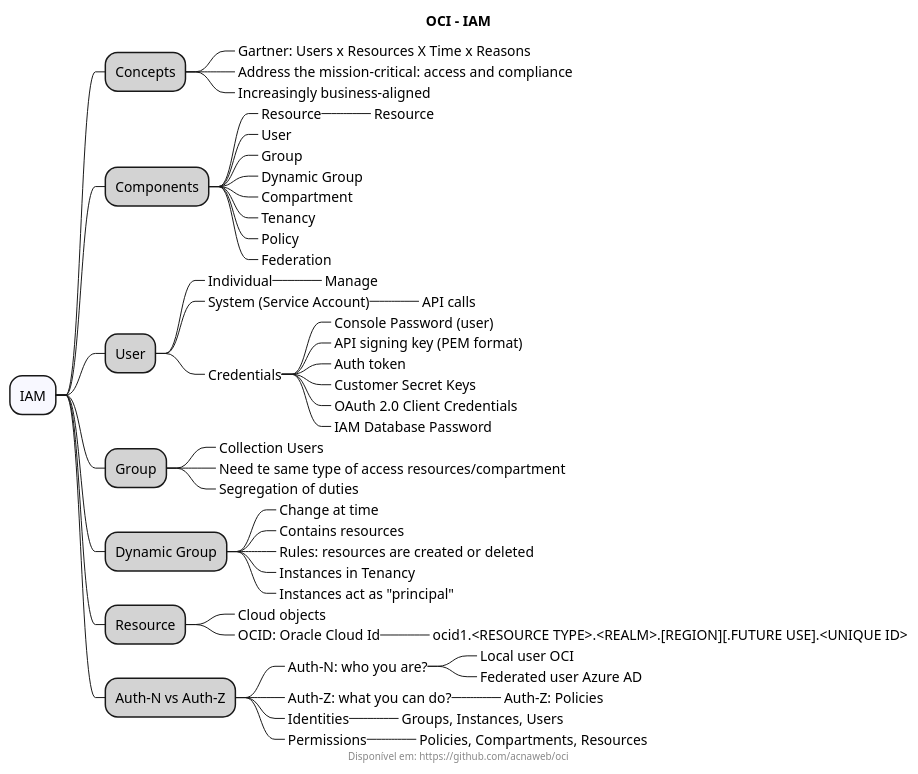
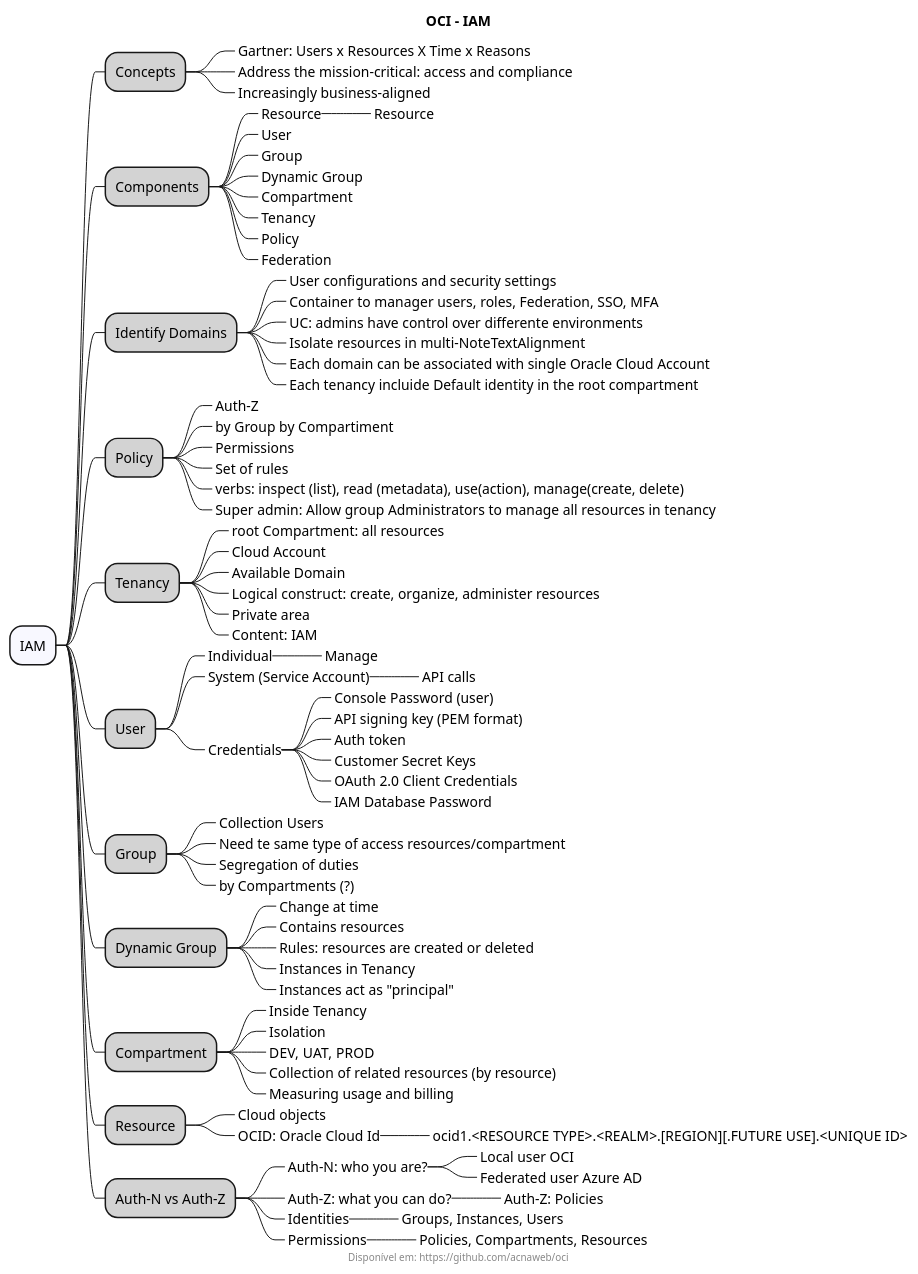
The diagram in docs/security/iam.wsd (acnaweb/oci), drawn with PlantUML before and after one commit. The commit also changed 4 other files, not shown here.

```diff
--- a/docs/security/iam.wsd
+++ b/docs/security/iam.wsd
@@ -1,66 +1,98 @@
 @startmindmap
 
 title "OCI - IAM"
 footer Disponível em: https://github.com/acnaweb/oci
 
 *[#F8F8FF] IAM
 
 **[#LightGray] Concepts
 ***_ Gartner: Users x Resources X Time x Reasons
 ***_  Address the mission-critical: access and compliance
 ***_ Increasingly business-aligned
 
 **[#LightGray] Components
 ***_ Resource
 ****_ Resource
 ***_ User
 ***_ Group
 ***_ Dynamic Group
 ***_ Compartment
 ***_ Tenancy
 ***_ Policy
 ***_ Federation
 
+**[#LightGray] Identify Domains
+***_ User configurations and security settings
+***_ Container to manager users, roles, Federation, SSO, MFA
+***_ UC: admins have control over differente environments
+***_ Isolate resources in multi-NoteTextAlignment
+***_ Each domain can be associated with single Oracle Cloud Account
+***_ Each tenancy incluide Default identity in the root compartment
+
+**[#LightGray] Policy
+***_ Auth-Z
+***_ by Group by Compartiment
+***_ Permissions
+***_ Set of rules
+***_ verbs: inspect (list), read (metadata), use(action), manage(create, delete)
+***_ Super admin: Allow group Administrators to manage all resources in tenancy
+
+**[#LightGray] Tenancy
+***_ root Compartment: all resources
+***_ Cloud Account
+***_ Available Domain
+***_ Logical construct: create, organize, administer resources
+***_ Private area
+***_ Content: IAM
+
 **[#LightGray] User
 ***_ Individual
 ****_ Manage
 ***_ System (Service Account)
 ****_ API calls
 ***_ Credentials
 ****_ Console Password (user)
 ****_ API signing key (PEM format)
 ****_ Auth token
 ****_ Customer Secret Keys
 ****_ OAuth 2.0 Client Credentials
 ****_ IAM Database Password
 
 **[#LightGray] Group
 ***_ Collection Users
 ***_ Need te same type of access resources/compartment
 ***_ Segregation of duties
+***_ by Compartments (?)
+
 
 **[#LightGray] Dynamic Group
 ***_ Change at time
 ***_ Contains resources
 ***_ Rules: resources are created or deleted
 ***_ Instances in Tenancy
 ***_ Instances act as "principal"
 
+**[#LightGray] Compartment
+***_ Inside Tenancy
+***_ Isolation
+***_ DEV, UAT, PROD
+***_ Collection of related resources (by resource)
+***_ Measuring usage and billing
 
 **[#LightGray] Resource
 ***_ Cloud objects
 ***_ OCID: Oracle Cloud Id
 ****_ ocid1.<RESOURCE TYPE>.<REALM>.[REGION][.FUTURE USE].<UNIQUE ID>
 
 **[#LightGray] Auth-N vs Auth-Z
 ***_ Auth-N: who you are?
 ****_ Local user OCI
 ****_ Federated user Azure AD
 ***_ Auth-Z: what you can do?
 ****_ Auth-Z: Policies
 ***_ Identities
 ****_ Groups, Instances, Users
 ***_ Permissions
 ****_ Policies, Compartments, Resources
 
 @endmindmap
```
